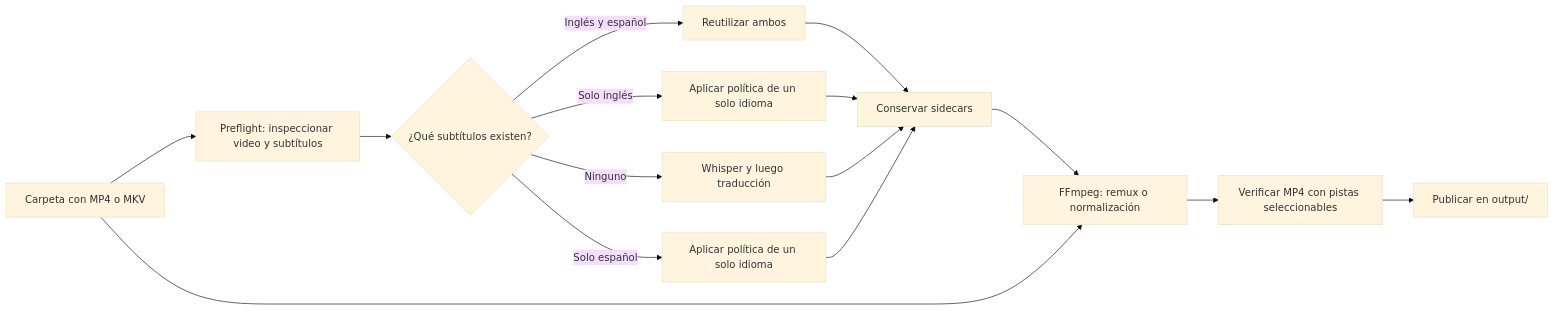
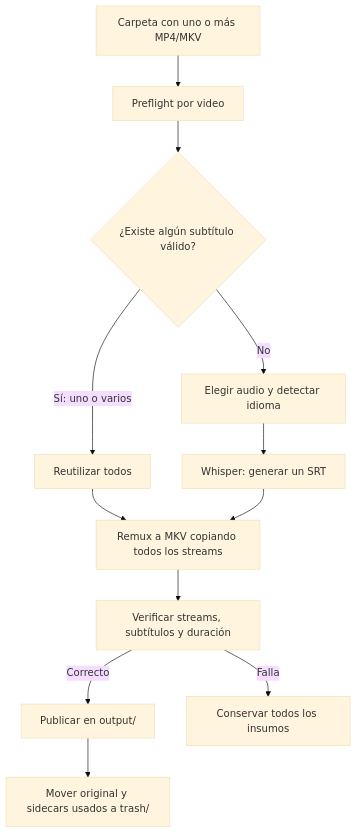
Before and after one commit to jdfesa/subtitles-srt-bridge: the second of 2 diagrams in docs/PROJECT.md, drawn with Mermaid (base theme). The commit also changed other lines of this file and 4 other files, not shown here.

````diff
--- a/docs/PROJECT.md
+++ b/docs/PROJECT.md
@@ -48,17 +72,14 @@
 ```mermaid
-flowchart LR
-    A["Carpeta con MP4 o MKV"] --> B["Preflight: inspeccionar video y subtítulos"]
-    B --> C{"¿Qué subtítulos existen?"}
-    C -- "Inglés y español" --> D["Reutilizar ambos"]
-    C -- "Solo inglés" --> E["Aplicar política de un solo idioma"]
-    C -- "Ninguno" --> F["Whisper y luego traducción"]
-    C -- "Solo español" --> G["Aplicar política de un solo idioma"]
-    D --> H["Conservar sidecars"]
-    E --> H
-    F --> H
-    G --> H
-    H --> I["FFmpeg: remux o normalización"]
-    A --> I
-    I --> J["Verificar MP4 con pistas seleccionables"]
-    J --> K["Publicar en output/"]
+flowchart TD
+    A["Carpeta con uno o más MP4/MKV"] --> B["Preflight por video"]
+    B --> C{"¿Existe algún subtítulo válido?"}
+    C -- "Sí: uno o varios" --> D["Reutilizar todos"]
+    C -- "No" --> E["Elegir audio y detectar idioma"]
+    E --> F["Whisper: generar un SRT"]
+    D --> G["Remux a MKV copiando todos los streams"]
+    F --> G
+    G --> H["Verificar streams, subtítulos y duración"]
+    H -- "Correcto" --> I["Publicar en output/"]
+    I --> J["Mover original y sidecars usados a trash/"]
+    H -- "Falla" --> K["Conservar todos los insumos"]
 ```
````
